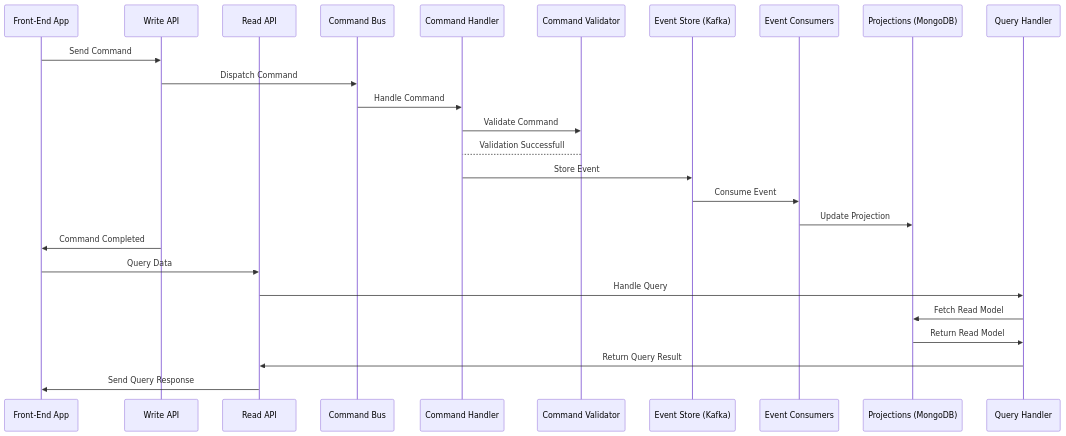
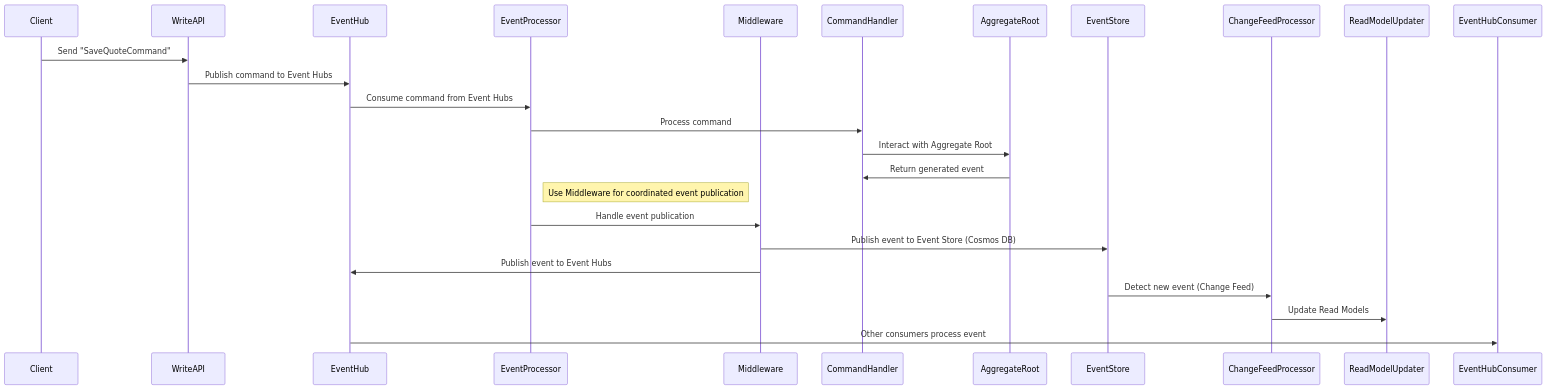
The diagram in diagram/Flow.md (staruser143/Technology-Talks), drawn with Mermaid before and after one commit.

````diff
--- a/diagram/Flow.md
+++ b/diagram/Flow.md
@@ -1,32 +1,31 @@
 ```mermaid
 sequenceDiagram
-    participant User as Front-End App
-    participant WriteAPI as Write API
-    participant ReadAPI as Read API
-    participant CB as Command Bus
-    participant CH as Command Handler
-    participant CV as Command Validator
-    participant ES as Event Store (Kafka)
-    participant EC as Event Consumers
-    participant P as Projections (MongoDB)
-    participant Q as Query Handler
-  
+    participant Client
+    participant WriteAPI
+    participant EventHub
+    participant EventProcessor
+    participant Middleware
+    participant CommandHandler
+    participant AggregateRoot
+    participant EventStore
+    participant ChangeFeedProcessor
+    participant ReadModelUpdater
+    participant EventHubConsumer
 
-    User->>WriteAPI: Send Command
-    WriteAPI->>CB: Dispatch Command
-    CB->>CH: Handle Command
-    CH->>CV: Validate Command
-    CV-->CH: Validation Successfull
-    CH->>ES: Store Event
-    ES->>EC: Consume Event
-    EC->>P: Update Projection
-    WriteAPI->>User: Command Completed
+    Client ->> WriteAPI: Send "SaveQuoteCommand"
+    WriteAPI ->> EventHub: Publish command to Event Hubs
+    EventHub ->> EventProcessor: Consume command from Event Hubs
+    EventProcessor ->> CommandHandler: Process command
+    CommandHandler ->> AggregateRoot: Interact with Aggregate Root
+    AggregateRoot ->> CommandHandler: Return generated event
 
-    User->>ReadAPI: Query Data
-    ReadAPI->>Q: Handle Query
-    Q->>P: Fetch Read Model
-    P->>Q: Return Read Model
-    Q->>ReadAPI: Return Query Result
-    ReadAPI->>User: Send Query Response
+    Note right of EventProcessor: Use Middleware for coordinated event publication
+    EventProcessor ->> Middleware: Handle event publication
+    Middleware ->> EventStore: Publish event to Event Store (Cosmos DB)
+    Middleware ->> EventHub: Publish event to Event Hubs
+
+    EventStore ->> ChangeFeedProcessor: Detect new event (Change Feed)
+    ChangeFeedProcessor ->> ReadModelUpdater: Update Read Models
+    EventHub ->> EventHubConsumer: Other consumers process event
 
 ```
````
